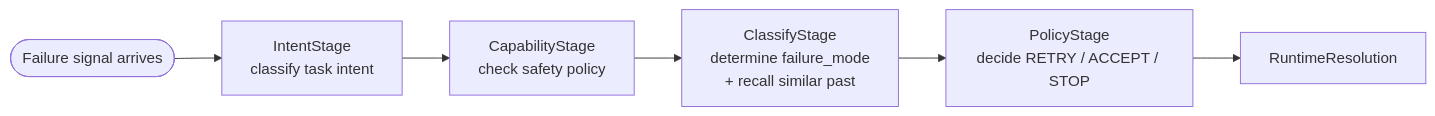
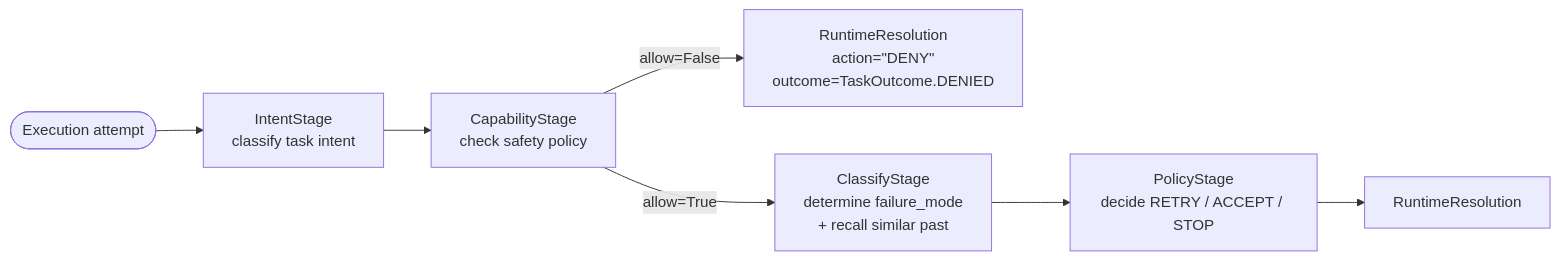
Before and after one commit to Judy-Liu118/Reforge: the third of 13 diagrams in docs/ARCHITECTURE.md, drawn with Mermaid. The commit also changed other lines of this file and 2 other files, not shown here.

First line of the commit message:
docs: diagram the governor pipeline and correct the architecture graph

````diff
--- a/docs/ARCHITECTURE.md
+++ b/docs/ARCHITECTURE.md
@@ -59,8 +89,9 @@
 ```mermaid
 flowchart LR
-    Start([Failure signal arrives]) --> Intent[IntentStage<br/>classify task intent]
+    Start([Execution attempt]) --> Intent[IntentStage<br/>classify task intent]
     Intent --> Cap[CapabilityStage<br/>check safety policy]
-    Cap --> Classify[ClassifyStage<br/>determine failure_mode<br/>+ recall similar past]
+    Cap -->|allow=False| Deny[RuntimeResolution<br/>action=&quot;DENY&quot;<br/>outcome=TaskOutcome.DENIED]
+    Cap -->|allow=True| Classify[ClassifyStage<br/>determine failure_mode<br/>+ recall similar past]
     Classify --> Policy[PolicyStage<br/>decide RETRY / ACCEPT / STOP]
     Policy --> Resolution[RuntimeResolution]
 ```
````
